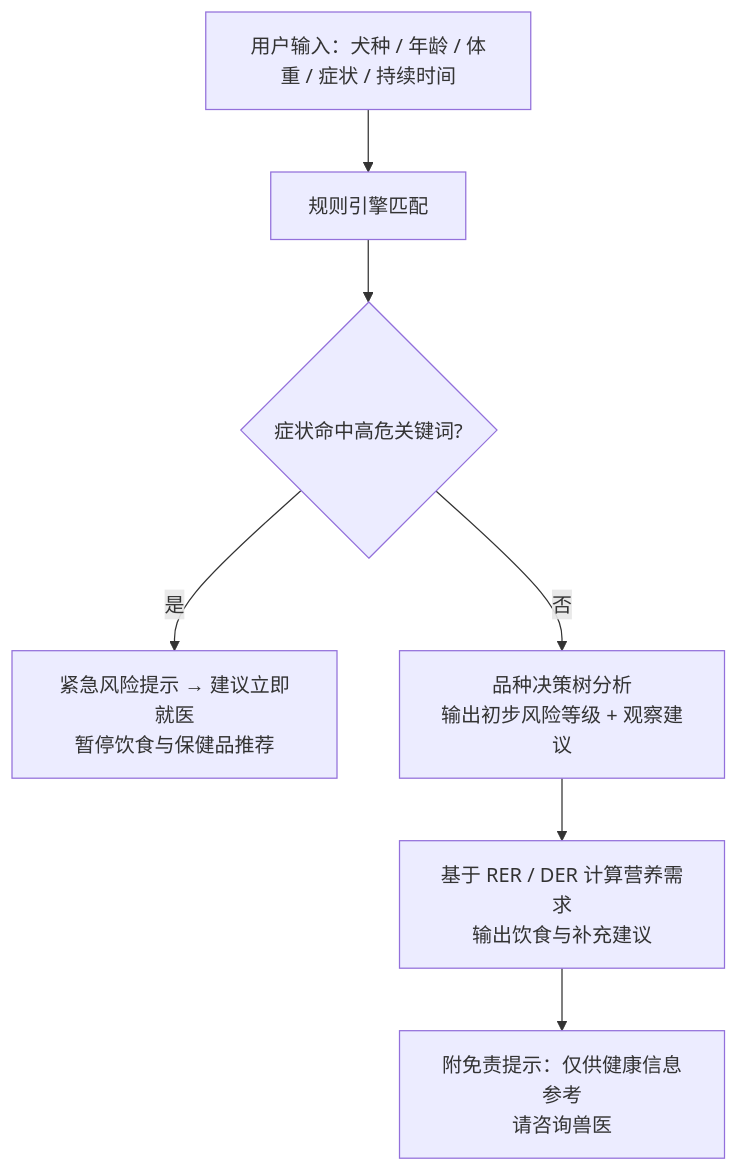
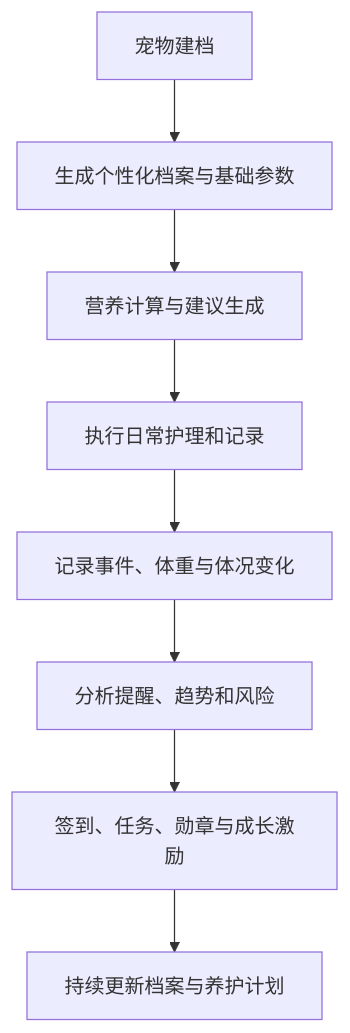
One commit to lingzi49/pawlife changed the first of 2 diagrams in README.md. Above: the diagram before and after it, drawn with Mermaid. The commit also changed other lines of this file, not shown here.

````diff
--- a/README.md
+++ b/README.md
@@ -74,9 +127,10 @@
 ```mermaid
 flowchart TD
-    A[用户输入：犬种 / 年龄 / 体重 / 症状 / 持续时间] --> B[规则引擎匹配]
-    B --> C{症状命中高危关键词?}
-    C -- 是 --> E[紧急风险提示 → 建议立即就医<br>暂停饮食与保健品推荐]
-    C -- 否 --> F[品种决策树分析<br>输出初步风险等级 + 观察建议]
-    F --> G[基于 RER / DER 计算营养需求<br>输出饮食与补充建议]
-    G --> H[附免责提示：仅供健康信息参考<br>请咨询兽医]
+    A[宠物建档] --> B[生成个性化档案与基础参数]
+    B --> C[营养计算与建议生成]
+    C --> D[执行日常护理和记录]
+    D --> E[记录事件、体重与体况变化]
+    E --> F[分析提醒、趋势和风险]
+    F --> G[签到、任务、勋章与成长激励]
+    G --> H[持续更新档案与养护计划]
 ```
````
